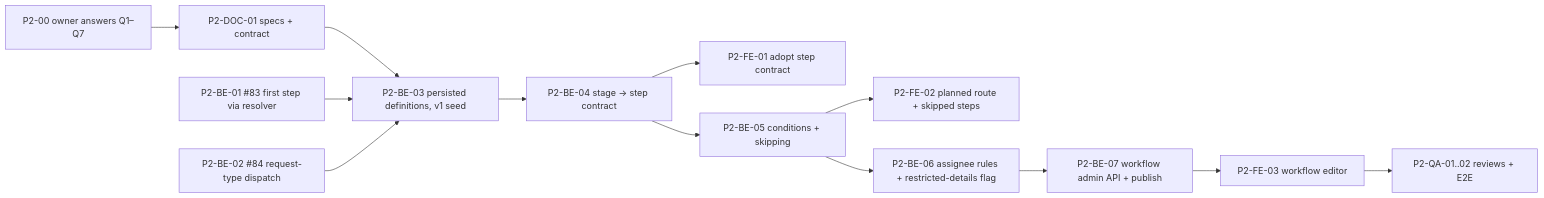
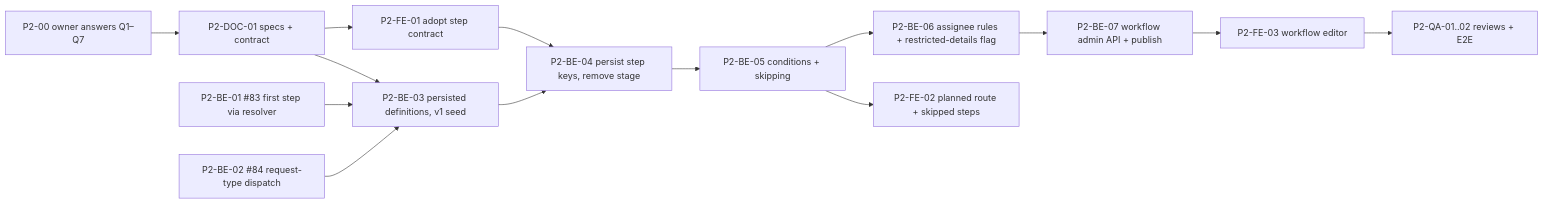
The diagram in docs/PHASE2_TASKS.md (osamashtayat/flowops), drawn with Mermaid before and after one commit. The commit also changed other lines of this file and 49 other files, not shown here.

````diff
--- a/docs/PHASE2_TASKS.md
+++ b/docs/PHASE2_TASKS.md
@@ -17,17 +17,18 @@
 ```mermaid
 flowchart LR
   P200[P2-00 owner answers Q1–Q7] --> DOC[P2-DOC-01 specs + contract]
   BE01[P2-BE-01 #83 first step via resolver]
   BE02[P2-BE-02 #84 request-type dispatch]
   DOC --> BE03[P2-BE-03 persisted definitions, v1 seed]
   BE01 --> BE03
   BE02 --> BE03
-  BE03 --> BE04[P2-BE-04 stage → step contract]
-  BE04 --> FE01[P2-FE-01 adopt step contract]
+  DOC --> FE01[P2-FE-01 adopt step contract]
+  BE03 --> BE04[P2-BE-04 persist step keys, remove stage]
+  FE01 --> BE04
   BE04 --> BE05[P2-BE-05 conditions + skipping]
   BE05 --> FE02[P2-FE-02 planned route + skipped steps]
   BE05 --> BE06[P2-BE-06 assignee rules + restricted-details flag]
   BE06 --> BE07[P2-BE-07 workflow admin API + publish]
   BE07 --> FE03[P2-FE-03 workflow editor]
   FE03 --> QA[P2-QA-01..02 reviews + E2E]
 ```
````
